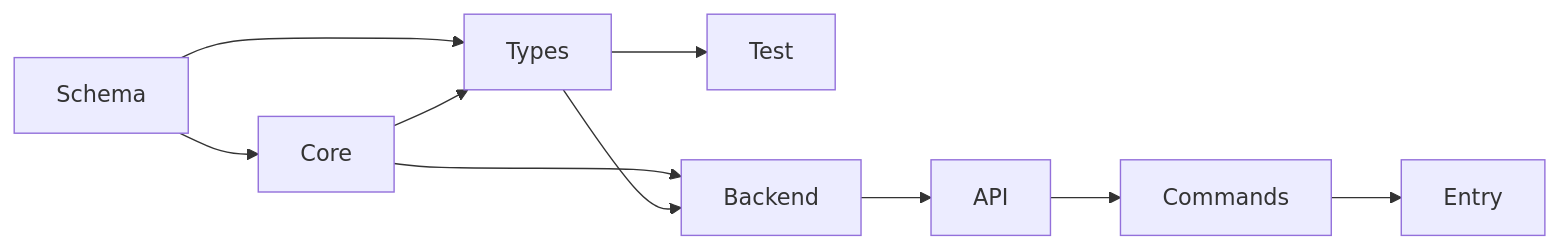
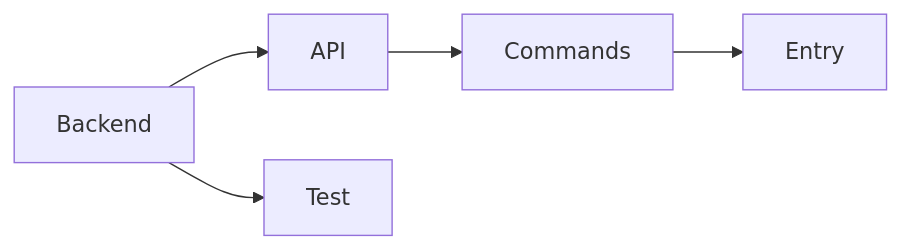
One commit to Behemyth/Honesty changed the diagram in docs/modules/ROOT/pages/modules.adoc. Above: the diagram before and after it, drawn with Mermaid. The commit also changed other lines of this file and 1 other file, not shown here.

```diff
--- a/docs/modules/ROOT/pages/modules.adoc
+++ b/docs/modules/ROOT/pages/modules.adoc
@@ -67,13 +55,8 @@
 [mermaid]
 ....
 flowchart LR
-	Schema --> Types
-	Types --> Test
-	Core --> Backend
-	Core --> Types
 	Backend --> API
-	Schema --> Core
-	Types --> Backend
+	Backend --> Test
 	API --> Commands
 	Commands --> Entry
 ....
```
